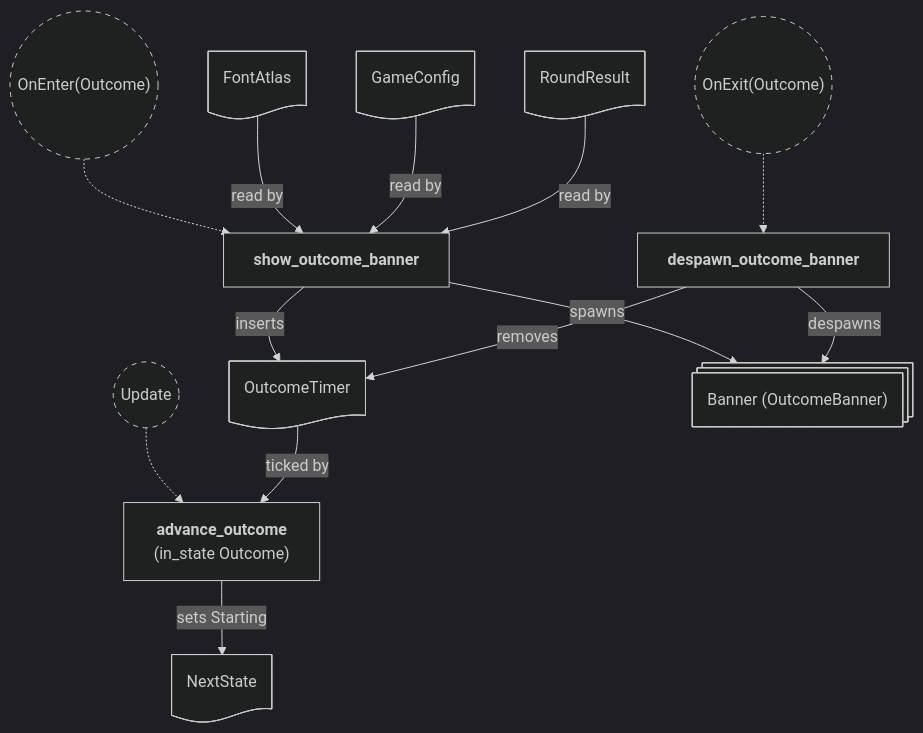
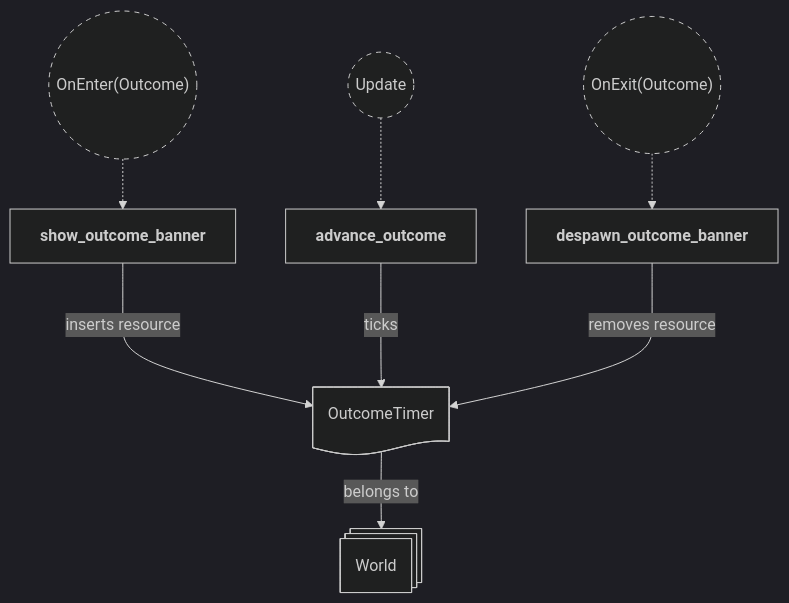
One commit to neurosoup/tyled changed the fourth of 7 diagrams in backlog/docs/doc-18 - 016-Round-outcome.md. Above: the diagram before and after it, drawn with Mermaid. The commit also changed other lines of this file and 1 other file, not shown here.

Commit message:
Docs: update doc-18 round outcome and doc-19 config plugin; simplify text

````diff
--- a/backlog/docs/doc-18 - 016-Round-outcome.md
+++ b/backlog/docs/doc-18 - 016-Round-outcome.md
@@ -64,39 +131,29 @@
 ```mermaid
 ---
 config:
   theme: dark
 ---
 
 flowchart TD
 classDef system-group stroke-dasharray: 5 5
 
-on_outcome(("`OnEnter(Outcome)`")):::system-group
+enter_outcome(("`OnEnter(Outcome)`")):::system-group
 update(("`Update`")):::system-group
-on_exit(("`OnExit(Outcome)`")):::system-group
+exit_outcome(("`OnExit(Outcome)`")):::system-group
+show_outcome_banner["`**show_outcome_banner**`"]
+advance_outcome["`**advance_outcome**`"]
+despawn_outcome_banner["`**despawn_outcome_banner**`"]
 
-show["`**show_outcome_banner**`"]
-advance["`**advance_outcome**
-(in_state Outcome)`"]
-despawn["`**despawn_outcome_banner**`"]
+enter_outcome -.-> show_outcome_banner
+update -.-> advance_outcome
+exit_outcome -.-> despawn_outcome_banner
 
-on_outcome -.-> show
-update -.-> advance
-on_exit -.-> despawn
+world@{ shape: st-rect, label: "World" }
+timer_res@{ shape: doc, label: "OutcomeTimer" }
 
-font_res@{ shape: doc, label: "FontAtlas" }
-config_res@{ shape: doc, label: "GameConfig" }
-result_res@{ shape: doc, label: "RoundResult" }
-timer_res@{ shape: doc, label: "OutcomeTimer" }
-next_state@{ shape: doc, label: "NextState<RoundPhase>" }
-banner_entity@{ shape: st-rect, label: "Banner (OutcomeBanner)" }
+timer_res --> |belongs to| world
 
-font_res --> |read by| show
-config_res --> |read by| show
-result_res --> |read by| show
-show --> |inserts| timer_res
-show --> |spawns| banner_entity
-timer_res --> |ticked by| advance
-advance --> |sets Starting| next_state
-despawn --> |despawns| banner_entity
-despawn --> |removes| timer_res
+show_outcome_banner ---> |inserts resource| timer_res
+advance_outcome ---> |ticks| timer_res
+despawn_outcome_banner ---> |removes resource| timer_res
 ```
````
